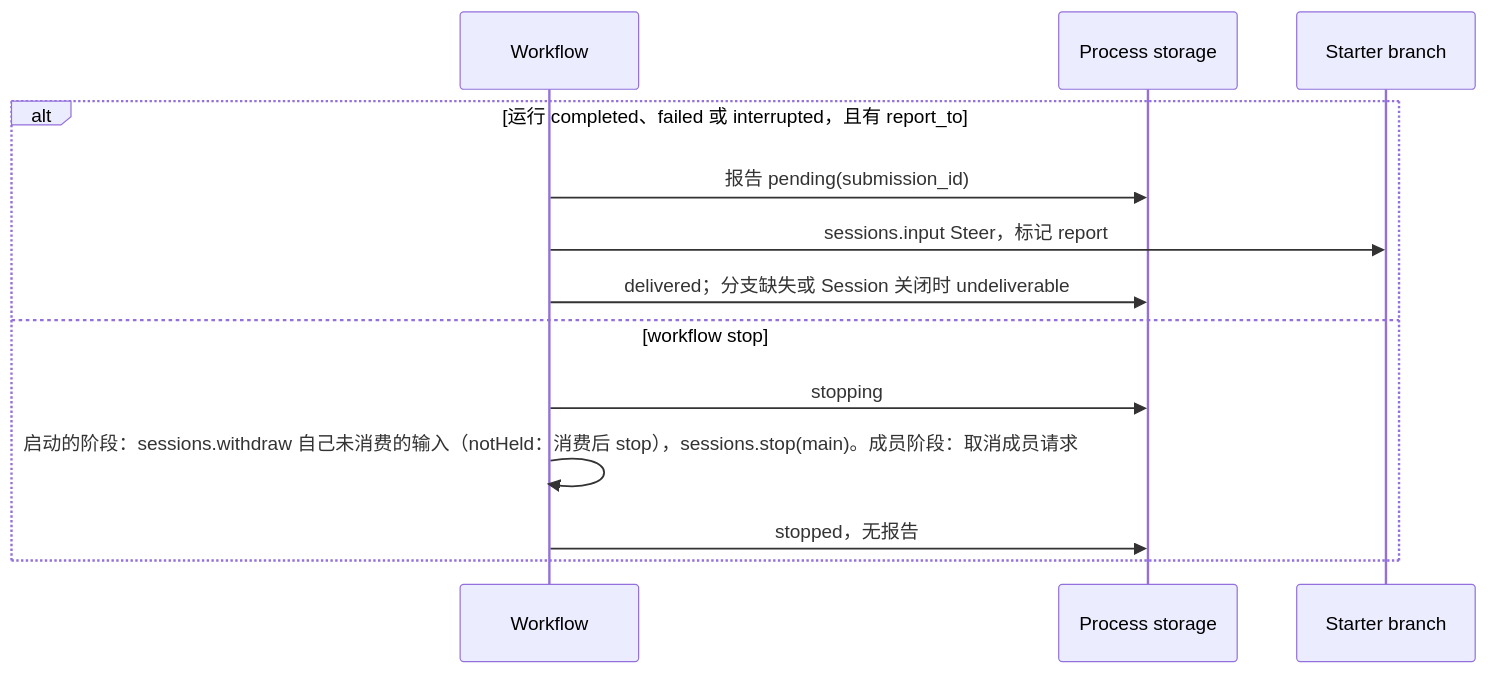
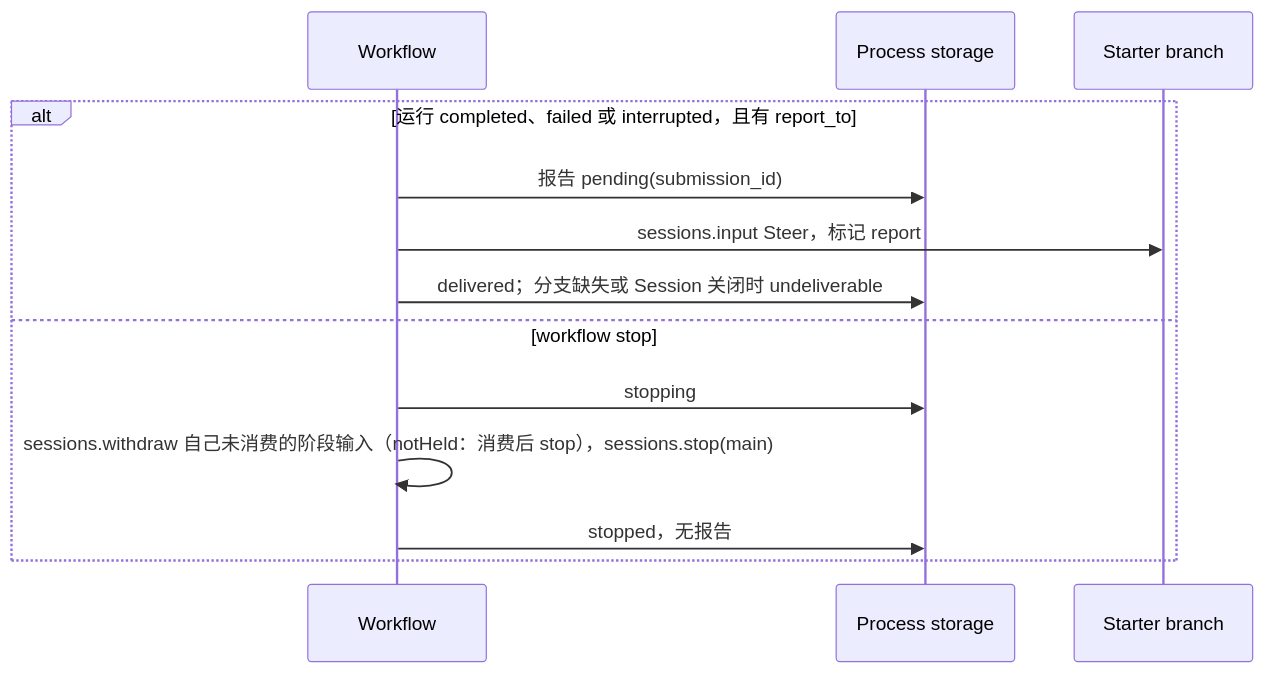
Before and after one commit to CoutinhoTTS/dim-agent: the fourth of 6 diagrams in docs/zh/design/plugins/Workflow.md, drawn with Mermaid. The commit also changed other lines of this file and 40 other files, not shown here.

````diff
--- a/docs/zh/design/plugins/Workflow.md
+++ b/docs/zh/design/plugins/Workflow.md
@@ -121,15 +119,15 @@
 ```mermaid
 sequenceDiagram
   participant WF as Workflow
   participant ST as Process storage
   participant STB as Starter branch
   alt 运行 completed、failed 或 interrupted，且有 report_to
     WF->>ST: 报告 pending(submission_id)
     WF->>STB: sessions.input Steer，标记 report
     WF->>ST: delivered；分支缺失或 Session 关闭时 undeliverable
   else workflow stop
     WF->>ST: stopping
-    WF->>WF: 启动的阶段：sessions.withdraw 自己未消费的输入（notHeld：消费后 stop），sessions.stop(main)。成员阶段：取消成员请求
+    WF->>WF: sessions.withdraw 自己未消费的阶段输入（notHeld：消费后 stop），sessions.stop(main)
     WF->>ST: stopped，无报告
   end
 ```
````
